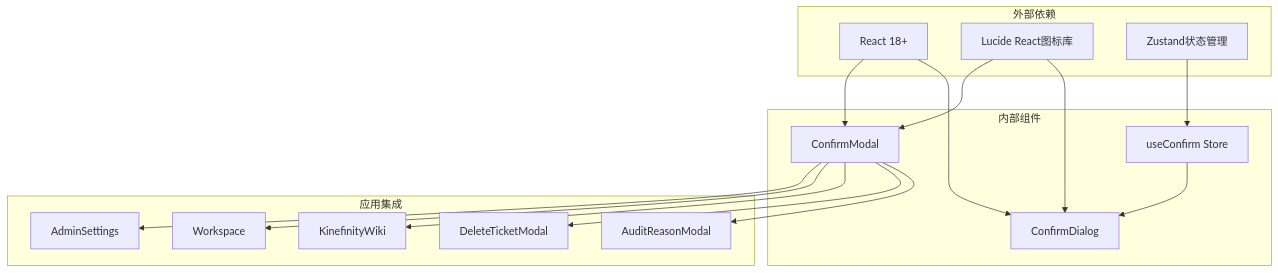
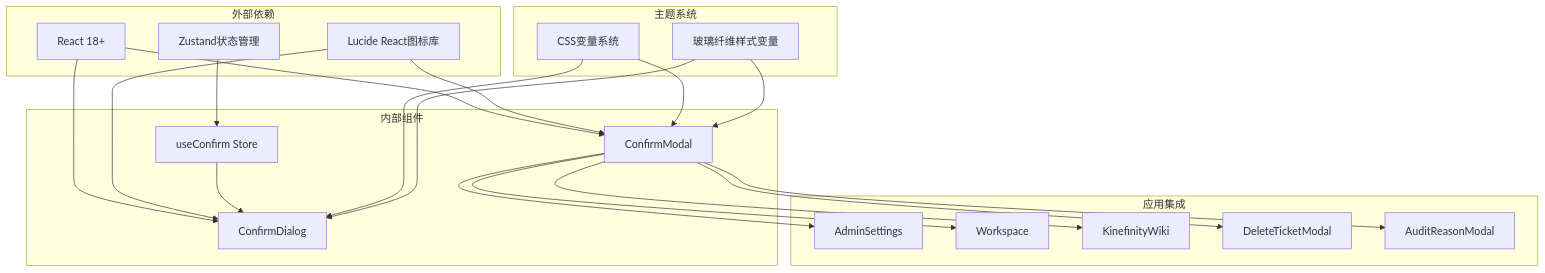
One commit to CubeEdge/Longhorn changed the sixth of 6 diagrams in .qoder/repowiki/zh/content/Confirm Modal Enhancements.md. Above: the diagram before and after it, drawn with Mermaid. The commit also changed other lines of this file and 118 other files, not shown here.

````diff
--- a/.qoder/repowiki/zh/content/Confirm Modal Enhancements.md
+++ b/.qoder/repowiki/zh/content/Confirm Modal Enhancements.md
@@ -257,31 +306,39 @@
 ```mermaid
 graph TB
 subgraph "外部依赖"
 REACT[React 18+]
 LUCIDE[Lucide React图标库]
 ZUSTAND[Zustand状态管理]
 end
 subgraph "内部组件"
 CM[ConfirmModal]
 CD[ConfirmDialog]
 UC[useConfirm Store]
+end
+subgraph "主题系统"
+THEME[CSS变量系统]
+VARS[玻璃纤维样式变量]
 end
 subgraph "应用集成"
 AS[AdminSettings]
 WS[Workspace]
 KW[KinefinityWiki]
 DTM[DeleteTicketModal]
 ARM[AuditReasonModal]
 end
 REACT --> CM
 REACT --> CD
 LUCIDE --> CM
 LUCIDE --> CD
 ZUSTAND --> UC
 UC --> CD
+THEME --> CM
+THEME --> CD
+VARS --> CM
+VARS --> CD
 CM --> AS
 CM --> WS
 CM --> KW
 CM --> DTM
 CM --> ARM
 ```
````
